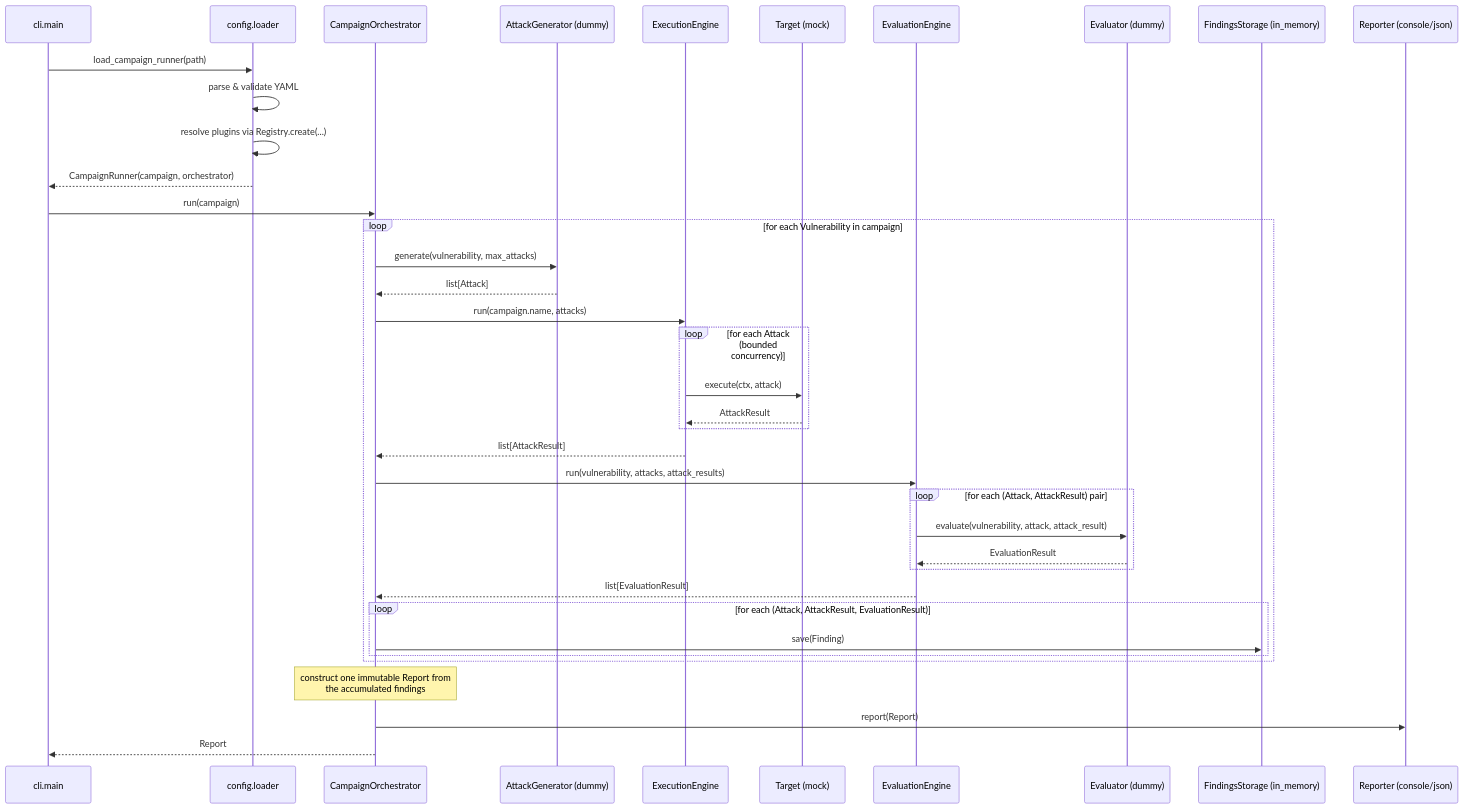
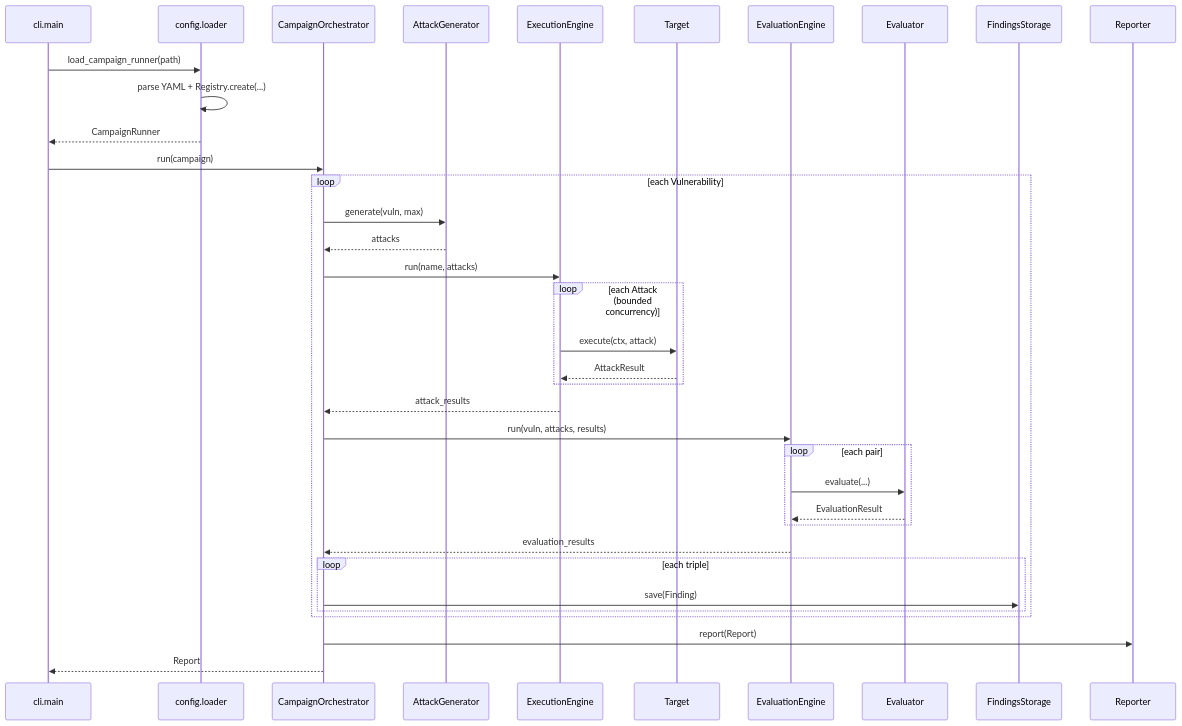
Before and after one commit to Suraj370/GuardrailKit: the second of 2 diagrams in ARCHITECTURE.md, drawn with Mermaid. The commit also changed other lines of this file and 39 other files, not shown here.

First line of the commit message:
Add rule-based policy engine, config-driven wiring, and vulnerability registry

````diff
--- a/ARCHITECTURE.md
+++ b/ARCHITECTURE.md
@@ -169,44 +492,41 @@
 ```mermaid
 sequenceDiagram
     participant CLI as cli.main
     participant Loader as config.loader
     participant Orch as CampaignOrchestrator
-    participant Gen as AttackGenerator (dummy)
+    participant Gen as AttackGenerator
     participant Exec as ExecutionEngine
-    participant Tgt as Target (mock)
+    participant Tgt as Target
     participant Eval as EvaluationEngine
-    participant Grader as Evaluator (dummy)
-    participant Store as FindingsStorage (in_memory)
-    participant Rep as Reporter (console/json)
+    participant Grader as Evaluator
+    participant Store as FindingsStorage
+    participant Rep as Reporter
 
     CLI->>Loader: load_campaign_runner(path)
-    Loader->>Loader: parse & validate YAML
-    Loader->>Loader: resolve plugins via Registry.create(...)
-    Loader-->>CLI: CampaignRunner(campaign, orchestrator)
+    Loader->>Loader: parse YAML + Registry.create(...)
+    Loader-->>CLI: CampaignRunner
     CLI->>Orch: run(campaign)
 
-    loop for each Vulnerability in campaign
-        Orch->>Gen: generate(vulnerability, max_attacks)
-        Gen-->>Orch: list[Attack]
-        Orch->>Exec: run(campaign.name, attacks)
-        loop for each Attack (bounded concurrency)
+    loop each Vulnerability
+        Orch->>Gen: generate(vuln, max)
+        Gen-->>Orch: attacks
+        Orch->>Exec: run(name, attacks)
+        loop each Attack (bounded concurrency)
             Exec->>Tgt: execute(ctx, attack)
             Tgt-->>Exec: AttackResult
         end
-        Exec-->>Orch: list[AttackResult]
-        Orch->>Eval: run(vulnerability, attacks, attack_results)
-        loop for each (Attack, AttackResult) pair
-            Eval->>Grader: evaluate(vulnerability, attack, attack_result)
+        Exec-->>Orch: attack_results
+        Orch->>Eval: run(vuln, attacks, results)
+        loop each pair
+            Eval->>Grader: evaluate(...)
             Grader-->>Eval: EvaluationResult
         end
-        Eval-->>Orch: list[EvaluationResult]
-        loop for each (Attack, AttackResult, EvaluationResult)
+        Eval-->>Orch: evaluation_results
+        loop each triple
             Orch->>Store: save(Finding)
         end
     end
 
-    Note over Orch: construct one immutable Report from<br/>the accumulated findings
-
     Orch->>Rep: report(Report)
     Orch-->>CLI: Report
 ```
````
